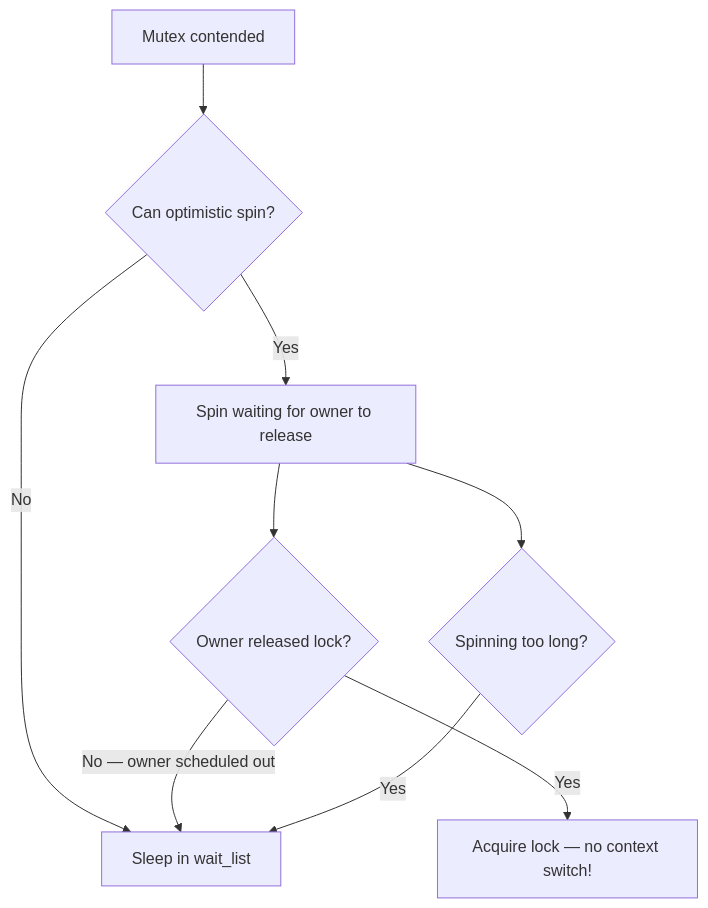
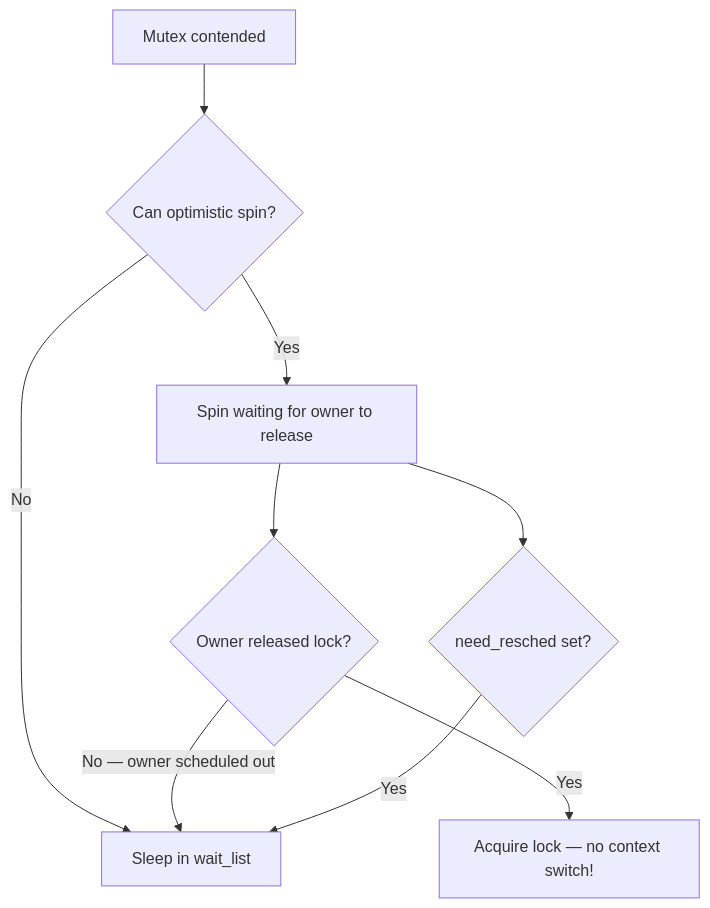
One commit to Abhinav-Kumar012/lb2 changed the second of 4 diagrams in src/kernel/sync/mutexes.md. Above: the diagram before and after it, drawn with Mermaid. The commit also changed other lines of this file and 13 other files, not shown here.

````diff
--- a/src/kernel/sync/mutexes.md
+++ b/src/kernel/sync/mutexes.md
@@ -215,11 +219,11 @@
 ```mermaid
 graph TD
     A[Mutex contended] --> B{Can optimistic spin?}
     B -->|No| C[Sleep in wait_list]
     B -->|Yes| D[Spin waiting for owner to release]
     D --> E{Owner released lock?}
     E -->|Yes| F[Acquire lock — no context switch!]
     E -->|No — owner scheduled out| C
-    D --> G{Spinning too long?}
+    D --> G{need_resched set?}
     G -->|Yes| C
 ```
````
